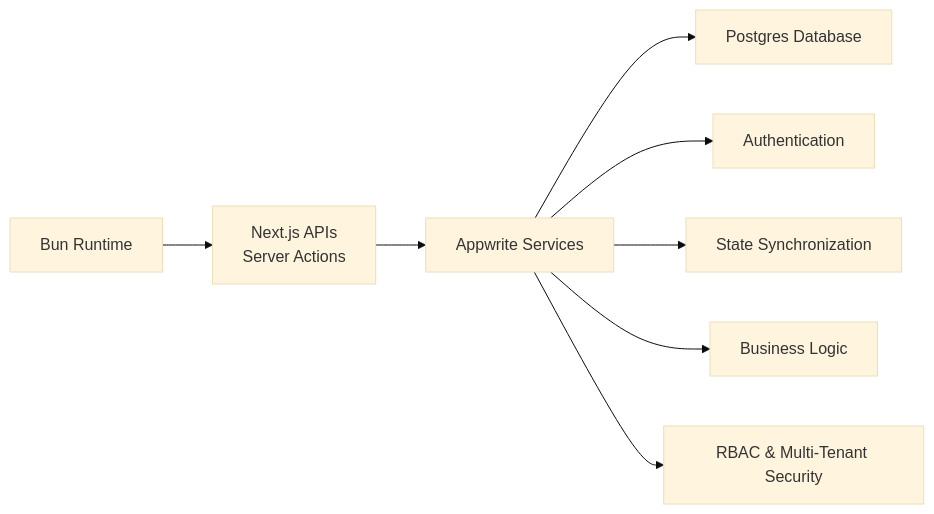
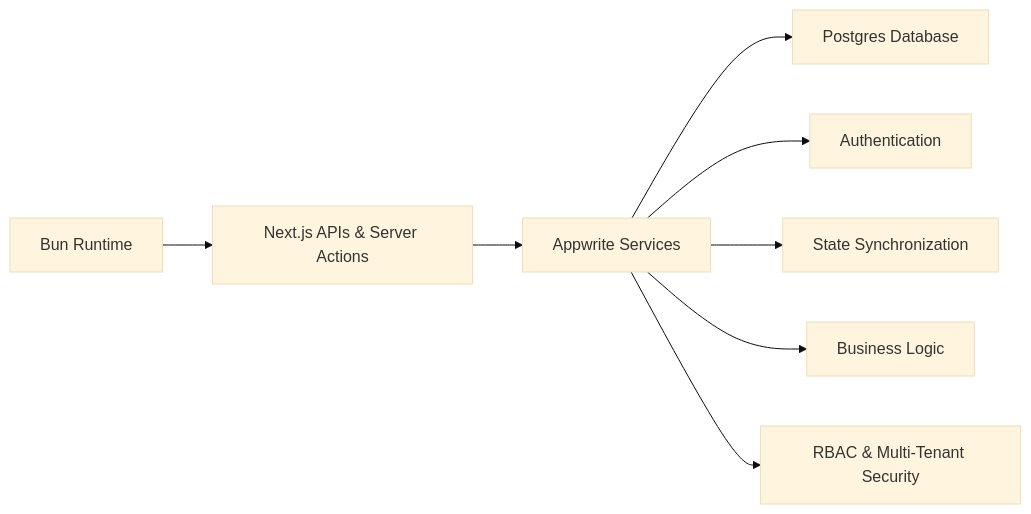
The second of 4 diagrams in Architeture-of-Choice.md (seanwhs/Plans), drawn with Mermaid (base theme) before and after one commit. The commit also changed other lines of this file, not shown here.

````diff
--- a/Architeture-of-Choice.md
+++ b/Architeture-of-Choice.md
@@ -194,14 +77,12 @@
 ```mermaid
 flowchart LR
-    A[Bun Runtime]
-    B[Next.js APIs<br/>Server Actions]
-    C[Appwrite Services]
-    D[Postgres Database]
-
-    A --> B --> C --> D
-
+    A[Bun Runtime] --> B[Next.js APIs & Server Actions]
+    B --> C[Appwrite Services]
+    C --> D[Postgres Database]
+    
     C --> E[Authentication]
     C --> F[State Synchronization]
     C --> G[Business Logic]
     C --> H[RBAC & Multi-Tenant Security]
+
 ```
````
